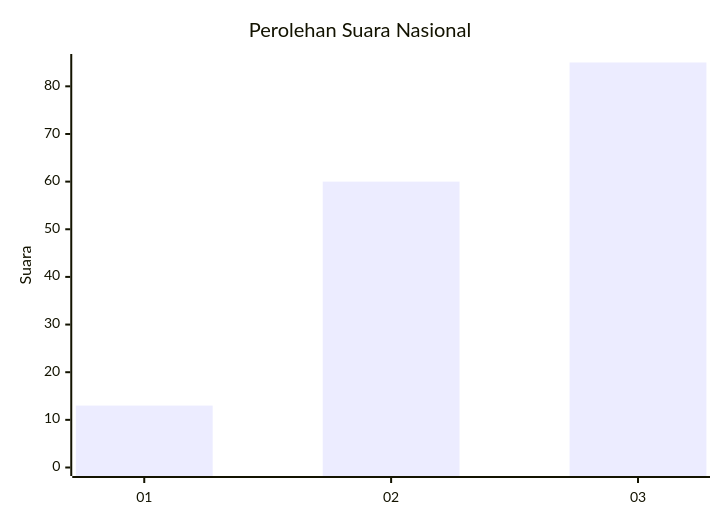
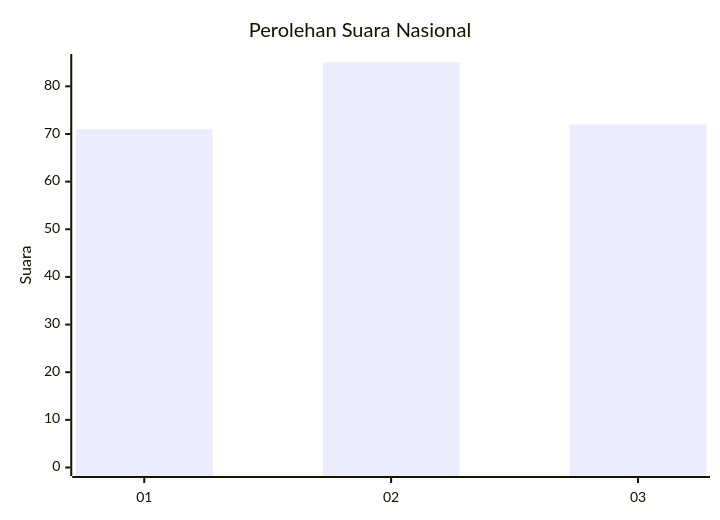
Before and after one commit to gigit-pemilu/pemilu-2024-92-papua-barat: the first of 2 diagrams in pilpres/hitung-suara/sub/92-papua-barat/sub/11-manokwari-selatan/sub/01-ransiki/sub/2009-kobrey/sub/003-tps/README.md, drawn with Mermaid. The commit also changed other lines of this file and 114 other files, not shown here.

````diff
--- a/pilpres/hitung-suara/sub/92-papua-barat/sub/11-manokwari-selatan/sub/01-ransiki/sub/2009-kobrey/sub/003-tps/README.md
+++ b/pilpres/hitung-suara/sub/92-papua-barat/sub/11-manokwari-selatan/sub/01-ransiki/sub/2009-kobrey/sub/003-tps/README.md
@@ -5,7 +5,7 @@
 ```mermaid
 xychart-beta
     title "Perolehan Suara Nasional"
     x-axis [01, 02, 03]
     y-axis "Suara" 0 --> 85
-    bar [13, 60, 85]
+    bar [71, 85, 72]
 ```
````
